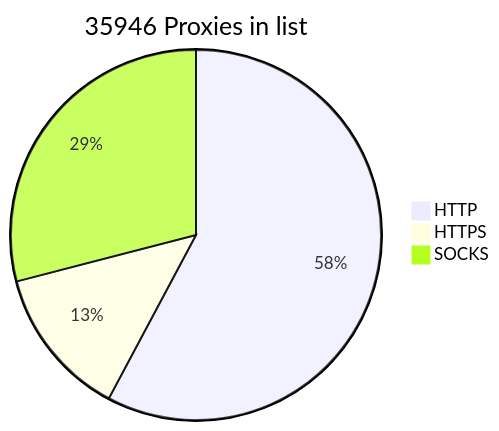
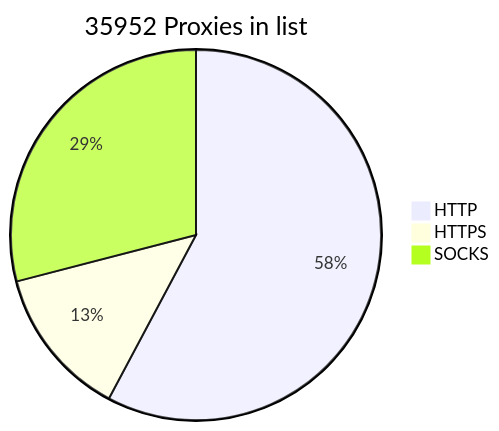
Before and after one commit to BlackSnowDot/proxylist-update-every-minute: the diagram in README.md, drawn with Mermaid.

````diff
--- a/README.md
+++ b/README.md
@@ -2,6 +2,6 @@
 ```mermaid
-pie title 35946 Proxies in list
-    "HTTP" : 23079
-    "HTTPS": 5258
-    "SOCKS" : 11594
+pie title 35952 Proxies in list
+    "HTTP" : 23080
+    "HTTPS": 5263
+    "SOCKS" : 11596
 ```
````
